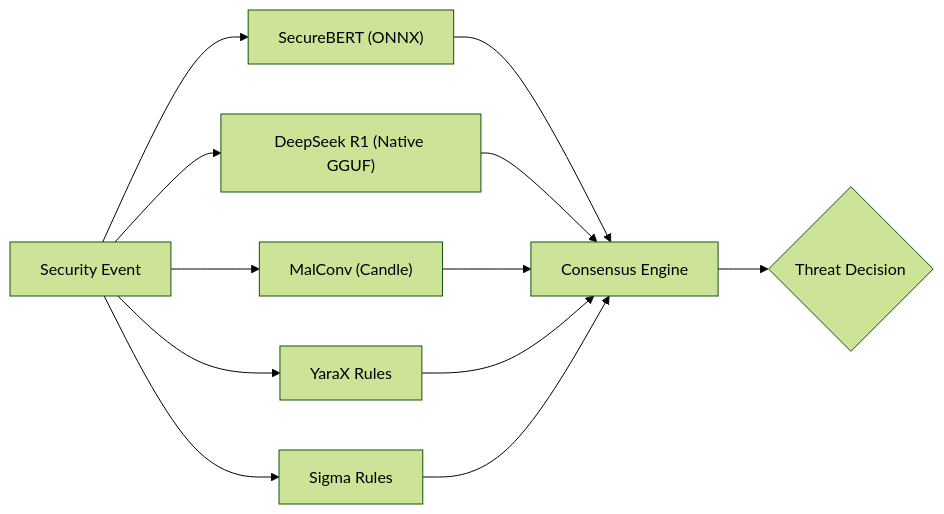
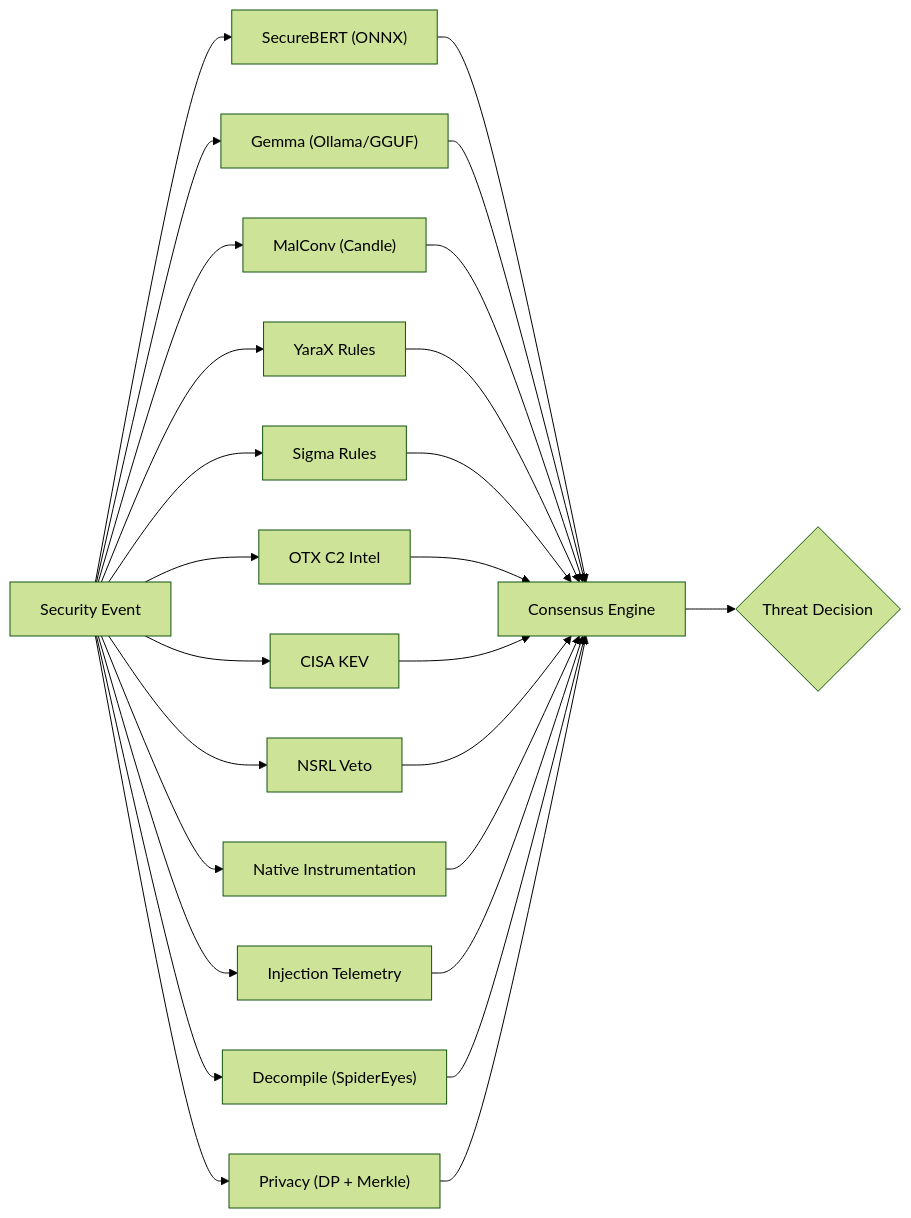
The eighth of 8 diagrams in docs/architecture_and_innovation.md (oyesanyf/OshoosiClaw), drawn with Mermaid (forest theme) before and after one commit. The commit also changed other lines of this file and 1 other file, not shown here.

Commit message:
feat(spider): Rewrite SpiderEyes with cross-platform memory reader, expanded heuristics, and updated architecture docs

````diff
--- a/docs/architecture_and_innovation.md
+++ b/docs/architecture_and_innovation.md
@@ -174,10 +238,17 @@
 ```mermaid
 graph LR
     EVT["Security Event"] --> V1["SecureBERT (ONNX)"]
-    EVT --> V2["DeepSeek R1 (Native GGUF)"]
+    EVT --> V2["Gemma (Ollama/GGUF)"]
     EVT --> V3["MalConv (Candle)"]
     EVT --> V4["YaraX Rules"]
     EVT --> V5["Sigma Rules"]
-    V1 & V2 & V3 & V4 & V5 --> CON["Consensus Engine"]
+    EVT --> V6["OTX C2 Intel"]
+    EVT --> V7["CISA KEV"]
+    EVT --> V8["NSRL Veto"]
+    EVT --> V9["Native Instrumentation"]
+    EVT --> V10["Injection Telemetry"]
+    EVT --> V11["Decompile (SpiderEyes)"]
+    EVT --> V12["Privacy (DP + Merkle)"]
+    V1 & V2 & V3 & V4 & V5 & V6 & V7 & V8 & V9 & V10 & V11 & V12 --> CON["Consensus Engine"]
     CON --> DEC{"Threat Decision"}
 ```
````
